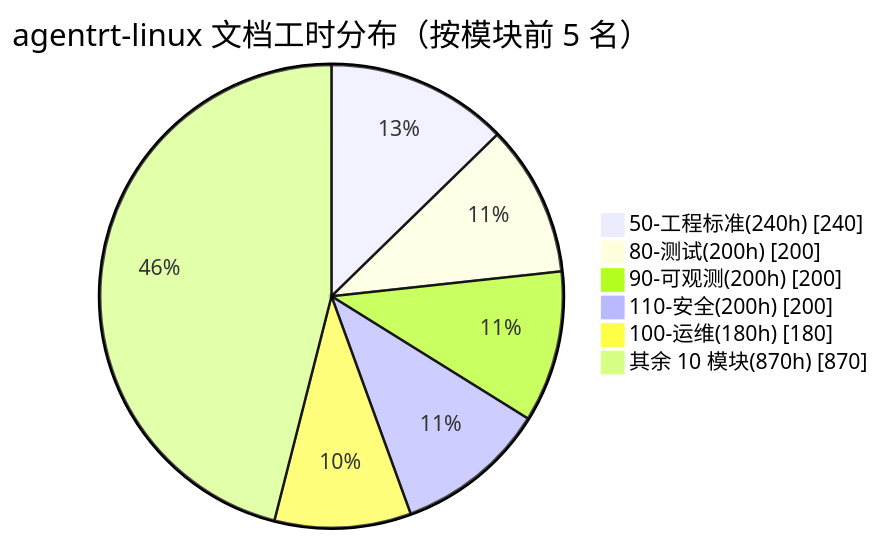
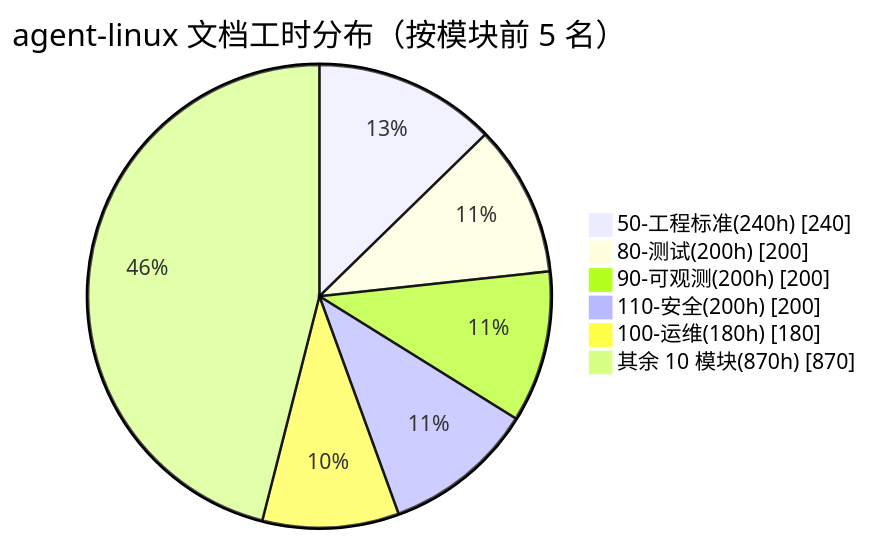
The second of 5 diagrams in 130-roadmap/03-resource-estimation.md (openairymax/docs-linux), drawn with Mermaid before and after one commit. The commit also changed other lines of this file and 172 other files, not shown here.

Commit message:
docs: rename agentrt-linux to agent-linux across docs v0.1.3 双工程结构：agentrt-linux 改名 agent-linux。docs 全仓 186 个 文件中的 agentrt-linux 引用统一为 agent-linux（AirymaxOS 工程名/ URL/路径引用；commit hash 与历史不变）。

````diff
--- a/130-roadmap/03-resource-estimation.md
+++ b/130-roadmap/03-resource-estimation.md
@@ -136,10 +136,10 @@
 ```mermaid
 pie showData
-    title agentrt-linux 文档工时分布（按模块前 5 名）
+    title agent-linux 文档工时分布（按模块前 5 名）
     "50-工程标准(240h)" : 240
     "80-测试(200h)" : 200
     "90-可观测(200h)" : 200
     "110-安全(200h)" : 200
     "100-运维(180h)" : 180
     "其余 10 模块(870h)" : 870
 ```
````
